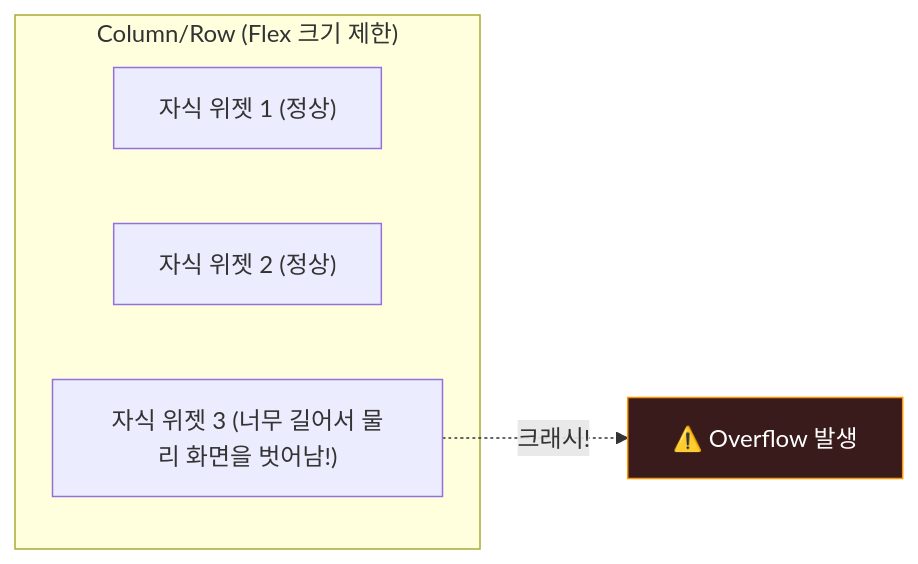
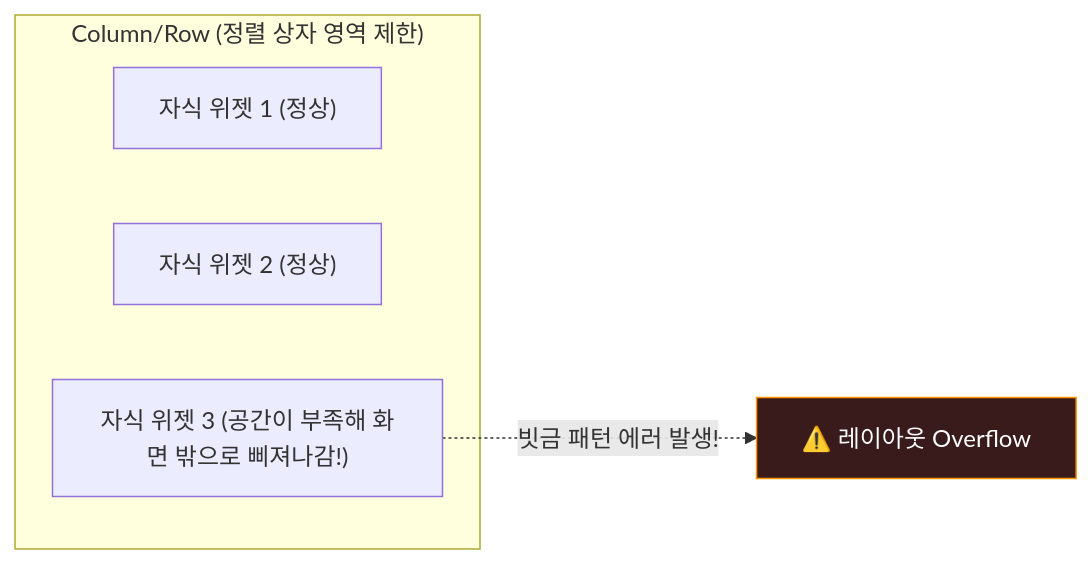
Before and after one commit to goodsw4all/wawapoint_flutter: the third of 4 diagrams in mdbook/src/flutter/beginner_guide.md, drawn with Mermaid. The commit also changed other lines of this file and 3 other files, not shown here.

````diff
--- a/mdbook/src/flutter/beginner_guide.md
+++ b/mdbook/src/flutter/beginner_guide.md
@@ -91,11 +117,11 @@
 ```mermaid
 graph LR
-    subgraph "Column/Row (Flex 크기 제한)"
+    subgraph "Column/Row (정렬 상자 영역 제한)"
         A["자식 위젯 1 (정상)"]
         B["자식 위젯 2 (정상)"]
-        C["자식 위젯 3 (너무 길어서 물리 화면을 벗어남!)"]
+        C["자식 위젯 3 (공간이 부족해 화면 밖으로 삐져나감!)"]
     end
-    C -.->|크래시!| D["⚠️ Overflow 발생"]
+    C -.->|빗금 패턴 에러 발생!| D["⚠️ 레이아웃 Overflow"]
 
     style D fill:#3A1B1B,stroke:#FF9500,color:#fff
 ```
````
